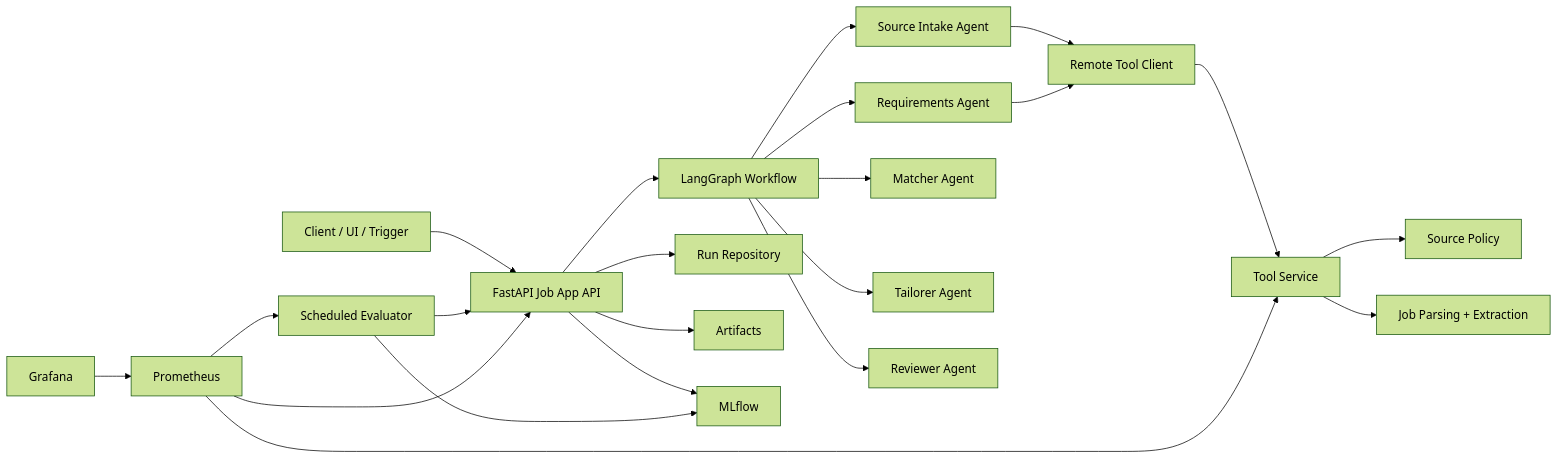
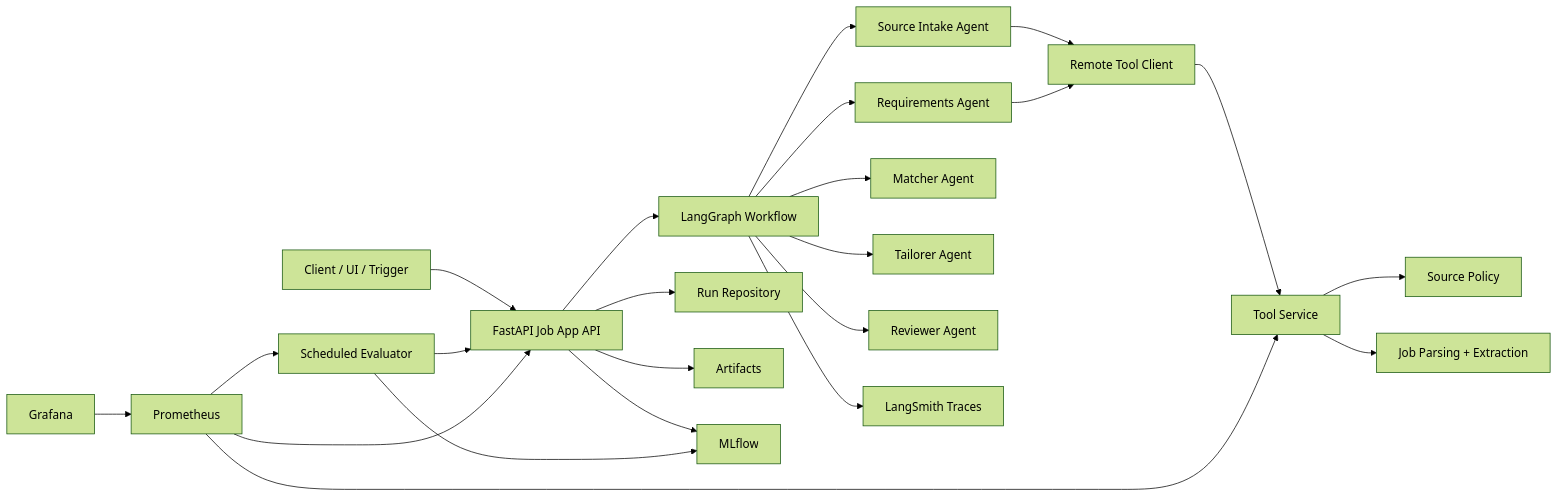
The diagram in README.md (zahidsw/job-application-copilot-llmops), drawn with Mermaid (forest theme) before and after one commit. The commit also changed other lines of this file and 19 other files, not shown here.

Commit message:
Add LangSmith tracing and graph node metrics

````diff
--- a/README.md
+++ b/README.md
@@ -45,24 +46,25 @@
 ```mermaid
 flowchart LR
     A["Client / UI / Trigger"] --> B["FastAPI Job App API"]
     B --> C["LangGraph Workflow"]
     C --> D["Source Intake Agent"]
     C --> E["Requirements Agent"]
     C --> F["Matcher Agent"]
     C --> G["Tailorer Agent"]
     C --> H["Reviewer Agent"]
     D --> I["Remote Tool Client"]
     E --> I
     I --> J["Tool Service"]
     J --> K["Source Policy"]
     J --> L["Job Parsing + Extraction"]
     B --> M["Run Repository"]
     B --> N["Artifacts"]
     B --> O["MLflow"]
     P["Scheduled Evaluator"] --> B
     P --> O
     Q["Prometheus"] --> B
     Q --> J
     Q --> P
     R["Grafana"] --> Q
+    C --> S["LangSmith Traces"]
 ```
````
